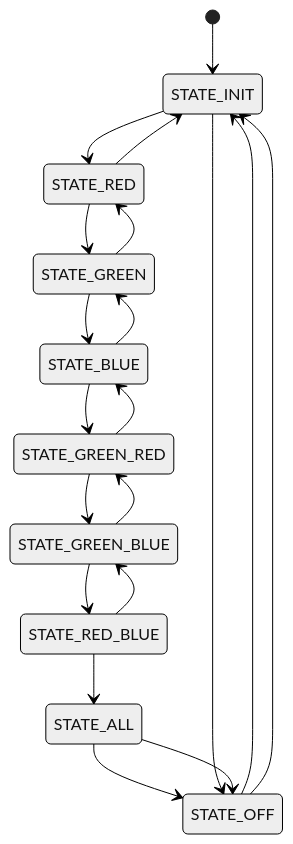
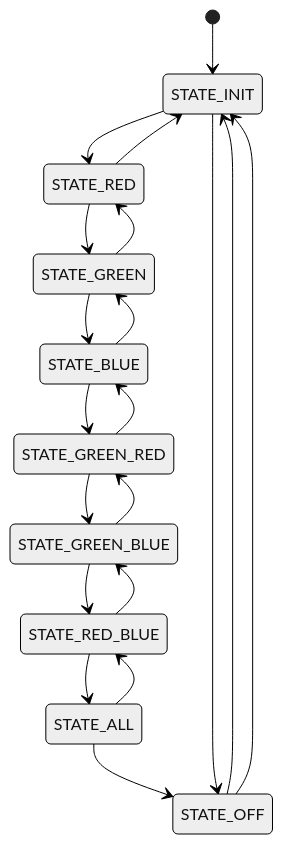
Before and after one commit to AngelMzno/iodraw-files: the diagram in all/Mapa de Estado.md, drawn with Mermaid (neutral theme).

Commit message:
2024-09-03 19:42:41 update

````diff
--- a/all/Mapa de Estado.md
+++ b/all/Mapa de Estado.md
@@ -1,27 +1,27 @@
 ```mermaid
 stateDiagram-v2
 [*]-->STATE_INIT
 STATE_INIT --> STATE_RED
 STATE_RED --> STATE_GREEN
 STATE_GREEN-->STATE_BLUE
 STATE_BLUE -->STATE_GREEN_RED
 STATE_GREEN_RED -->STATE_GREEN_BLUE
 STATE_GREEN_BLUE-->STATE_RED_BLUE
 STATE_RED_BLUE-->STATE_ALL
 STATE_ALL-->STATE_OFF
 STATE_OFF-->STATE_INIT
 
 [*]STATE_INIT
 STATE_INIT --> STATE_OFF
 STATE_RED --> STATE_INIT
 STATE_GREEN-->STATE_RED
 STATE_BLUE -->STATE_GREEN
 STATE_GREEN_RED -->STATE_BLUE
 STATE_GREEN_BLUE-->STATE_GREEN_RED
 STATE_RED_BLUE-->STATE_GREEN_BLUE
-STATE_ALL-->STATE_OFF
+STATE_ALL-->STATE_RED_BLUE
 STATE_OFF-->STATE_INIT
 
 
 
 ```
````
